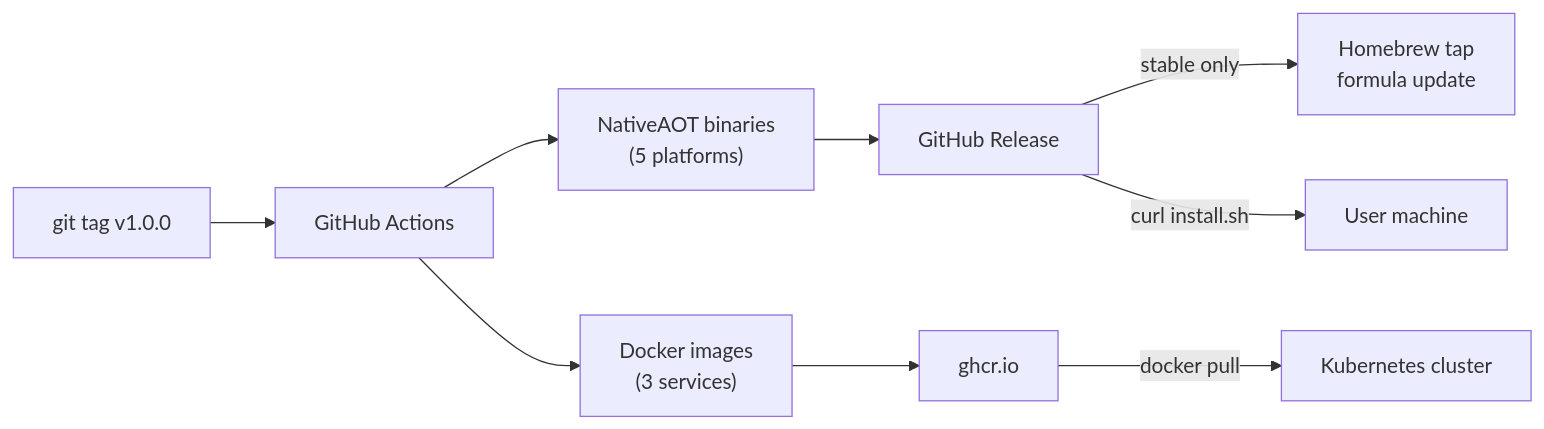
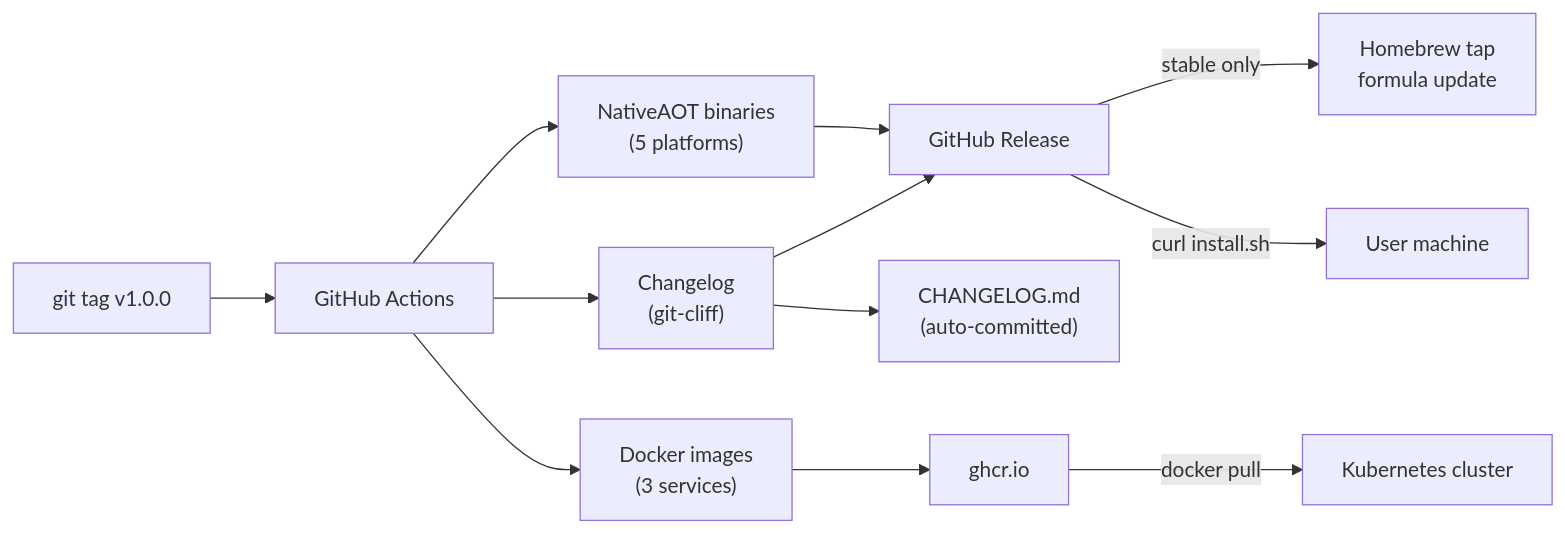
One commit to Clustral/clustral changed the eighth of 8 diagrams in README.md. Above: the diagram before and after it, drawn with Mermaid. The commit also changed other lines of this file and 6 other files, not shown here.

First line of the commit message:
ci: enterprise-grade CI/CD with changelog, pre-release channels, and test reporting

````diff
--- a/README.md
+++ b/README.md
@@ -602,11 +612,14 @@
 ```mermaid
 graph LR
     TAG["git tag v1.0.0"] --> CI["GitHub Actions"]
     CI --> BIN["NativeAOT binaries<br/>(5 platforms)"]
     CI --> IMG["Docker images<br/>(3 services)"]
-    BIN --> GHR["GitHub Release"]
+    CI --> CL["Changelog<br/>(git-cliff)"]
+    CL --> GHR["GitHub Release"]
+    CL --> CHF["CHANGELOG.md<br/>(auto-committed)"]
+    BIN --> GHR
     IMG --> GHCR["ghcr.io"]
     GHR -->|stable only| BREW["Homebrew tap<br/>formula update"]
     GHR -->|"curl install.sh"| USER["User machine"]
     GHCR -->|"docker pull"| K8S["Kubernetes cluster"]
 ```
````
